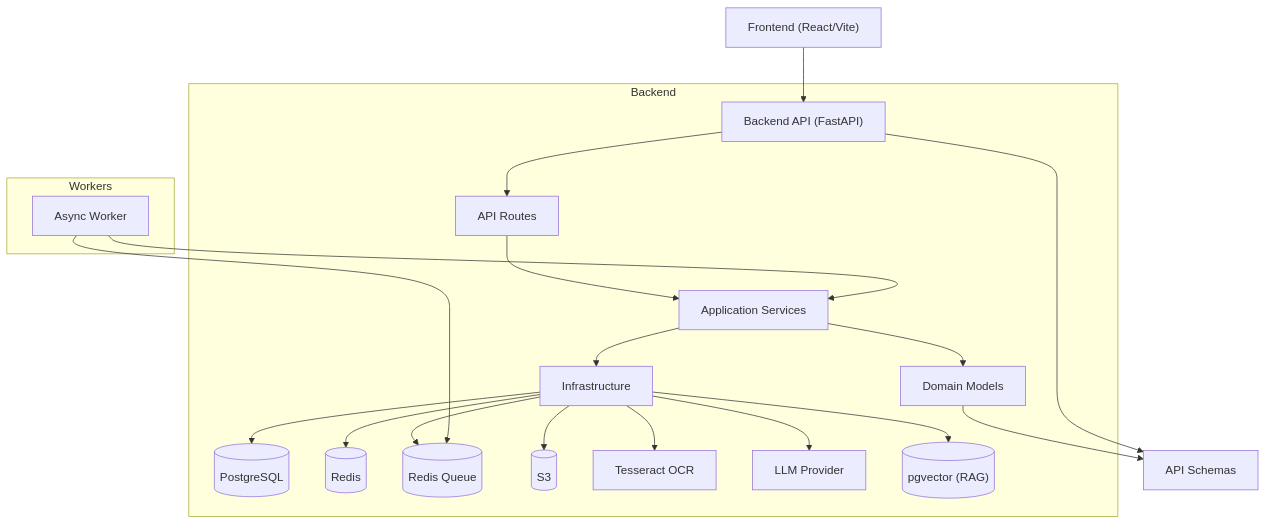
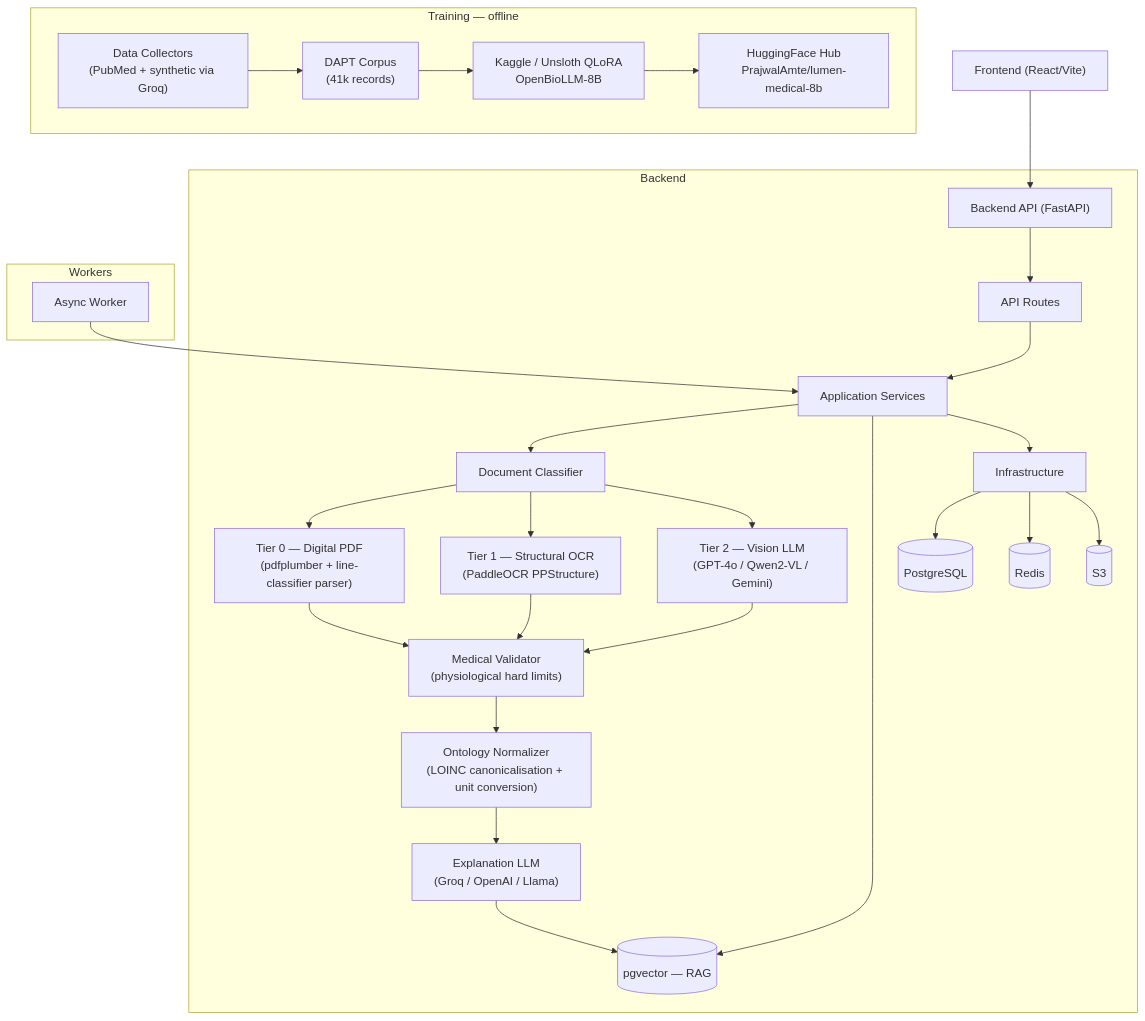
Before and after one commit to PrajwalAmte/Lumen-Medical-Report-Simplifier: the diagram in README.md, drawn with Mermaid. The commit also changed other lines of this file and 59 other files, not shown here.

Commit message:
Adding hybrid extraction pipeline, vision tier, medical validator, ontology normalizer, and OpenBioLLM-8B fine-tuning module

````diff
--- a/README.md
+++ b/README.md
@@ -7,27 +7,39 @@
 ```mermaid
 flowchart TB
     UI["Frontend (React/Vite)"] --> API["Backend API (FastAPI)"]
 
     subgraph Backend
         API --> Routes["API Routes"]
         Routes --> Services["Application Services"]
-        Services --> Domain["Domain Models"]
+
+        Services --> Classifier["Document Classifier"]
+        Classifier --> Tier0["Tier 0 — Digital PDF<br/>(pdfplumber + line-classifier parser)"]
+        Classifier --> Tier1["Tier 1 — Structural OCR<br/>(PaddleOCR PPStructure)"]
+        Classifier --> Tier2["Tier 2 — Vision LLM<br/>(GPT-4o / Qwen2-VL / Gemini)"]
+
+        Tier0 --> Validator["Medical Validator<br/>(physiological hard limits)"]
+        Tier1 --> Validator
+        Tier2 --> Validator
+
+        Validator --> Ontology["Ontology Normalizer<br/>(LOINC canonicalisation + unit conversion)"]
+        Ontology --> ExplainLLM["Explanation LLM<br/>(Groq / OpenAI / Llama)"]
+
+        Services --> RAG[("pgvector — RAG")]
+        ExplainLLM --> RAG
+
         Services --> Infra["Infrastructure"]
-
         Infra --> DB[("PostgreSQL")]
         Infra --> Cache[("Redis")]
-        Infra --> Queue[("Redis Queue")]
         Infra --> Storage[("S3")]
-        Infra --> OCR["Tesseract OCR"]
-        Infra --> LLM["LLM Provider"]
-        Infra --> VDB[("pgvector (RAG)")]
     end
 
     subgraph Workers
-        Worker["Async Worker"] --> Queue
-        Worker --> Services
+        Worker["Async Worker"] --> Services
     end
 
-    Domain --> Schemas["API Schemas"]
-    API --> Schemas
+    subgraph Training ["Training — offline"]
+        Collectors["Data Collectors<br/>(PubMed + synthetic via Groq)"] --> Corpus["DAPT Corpus<br/>(41k records)"]
+        Corpus --> Finetune["Kaggle / Unsloth QLoRA<br/>OpenBioLLM-8B"]
+        Finetune --> HFHub["HuggingFace Hub<br/>PrajwalAmte/lumen-medical-8b"]
+    end
 ```
````
